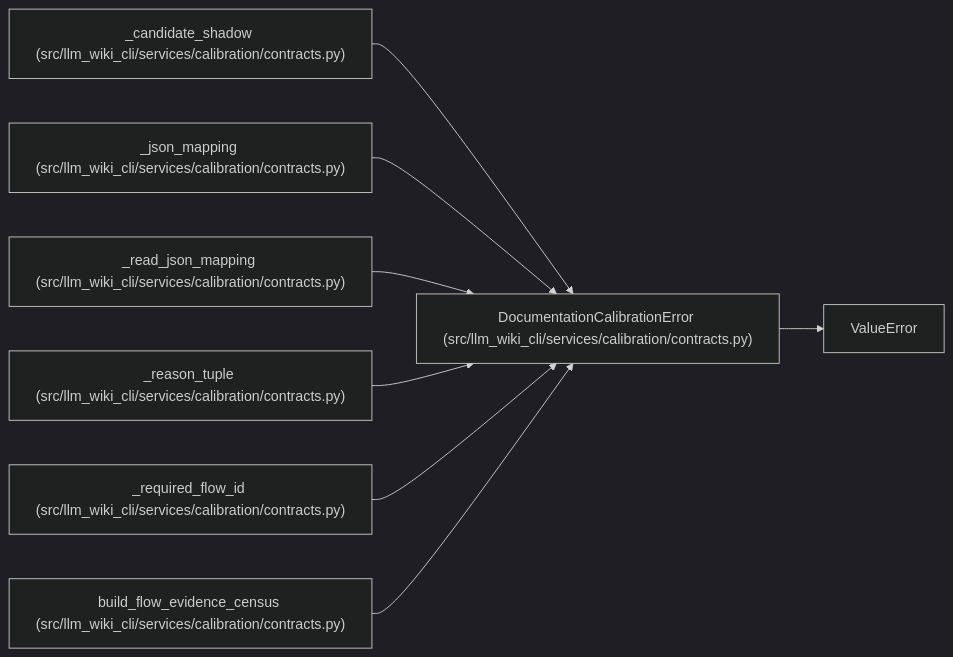
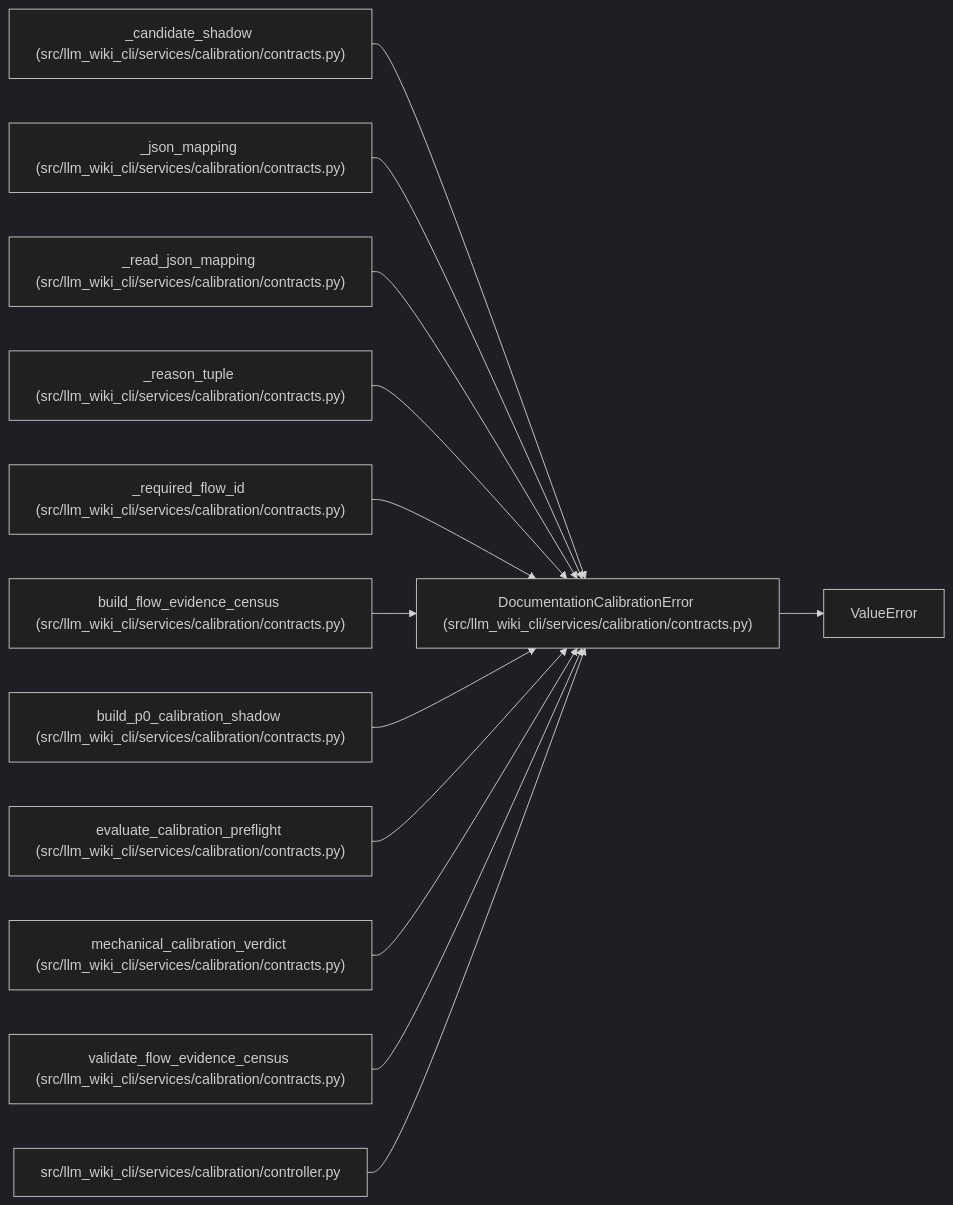
Before and after one commit to Denissvgn/python-wiki-llm: the diagram in docs/llm_wiki/entities/DocumentationCalibrationError.md, drawn with Mermaid (dark theme). The commit also changed other lines of this file and 493 other files, not shown here.

````diff
--- a/docs/llm_wiki/entities/DocumentationCalibrationError.md
+++ b/docs/llm_wiki/entities/DocumentationCalibrationError.md
@@ -23,25 +23,40 @@
 ```mermaid
 flowchart LR
     n0["DocumentationCalibrationError (src/llm_wiki_cli/services/calibration/contracts.py)"]
     n1["ValueError"]
     n2["_candidate_shadow (src/llm_wiki_cli/services/calibration/contracts.py)"]
     n3["_json_mapping (src/llm_wiki_cli/services/calibration/contracts.py)"]
     n4["_read_json_mapping (src/llm_wiki_cli/services/calibration/contracts.py)"]
     n5["_reason_tuple (src/llm_wiki_cli/services/calibration/contracts.py)"]
     n6["_required_flow_id (src/llm_wiki_cli/services/calibration/contracts.py)"]
     n7["build_flow_evidence_census (src/llm_wiki_cli/services/calibration/contracts.py)"]
+    n8["build_p0_calibration_shadow (src/llm_wiki_cli/services/calibration/contracts.py)"]
+    n9["evaluate_calibration_preflight (src/llm_wiki_cli/services/calibration/contracts.py)"]
+    n10["mechanical_calibration_verdict (src/llm_wiki_cli/services/calibration/contracts.py)"]
+    n11["validate_flow_evidence_census (src/llm_wiki_cli/services/calibration/contracts.py)"]
+    n12["src/llm_wiki_cli/services/calibration/controller.py"]
     n0 --> n1
     n2 --> n0
     n3 --> n0
     n4 --> n0
     n5 --> n0
     n6 --> n0
     n7 --> n0
+    n8 --> n0
+    n9 --> n0
+    n10 --> n0
+    n11 --> n0
+    n12 --> n0
     click n0 "../modules/calibration_contracts.md"
     click n2 "../modules/calibration_contracts.md"
     click n3 "../modules/calibration_contracts.md"
     click n4 "../modules/calibration_contracts.md"
     click n5 "../modules/calibration_contracts.md"
     click n6 "../modules/calibration_contracts.md"
     click n7 "../modules/calibration_contracts.md"
+    click n8 "../modules/calibration_contracts.md"
+    click n9 "../modules/calibration_contracts.md"
+    click n10 "../modules/calibration_contracts.md"
+    click n11 "../modules/calibration_contracts.md"
+    click n12 "../modules/controller.md"
 ```
````
